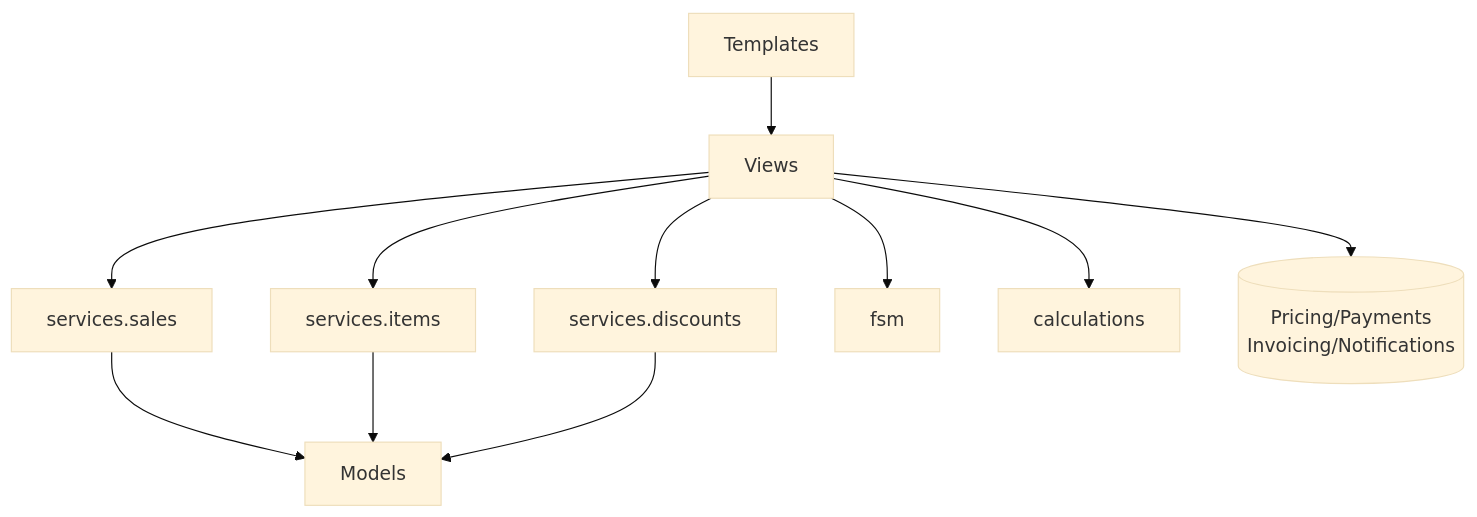
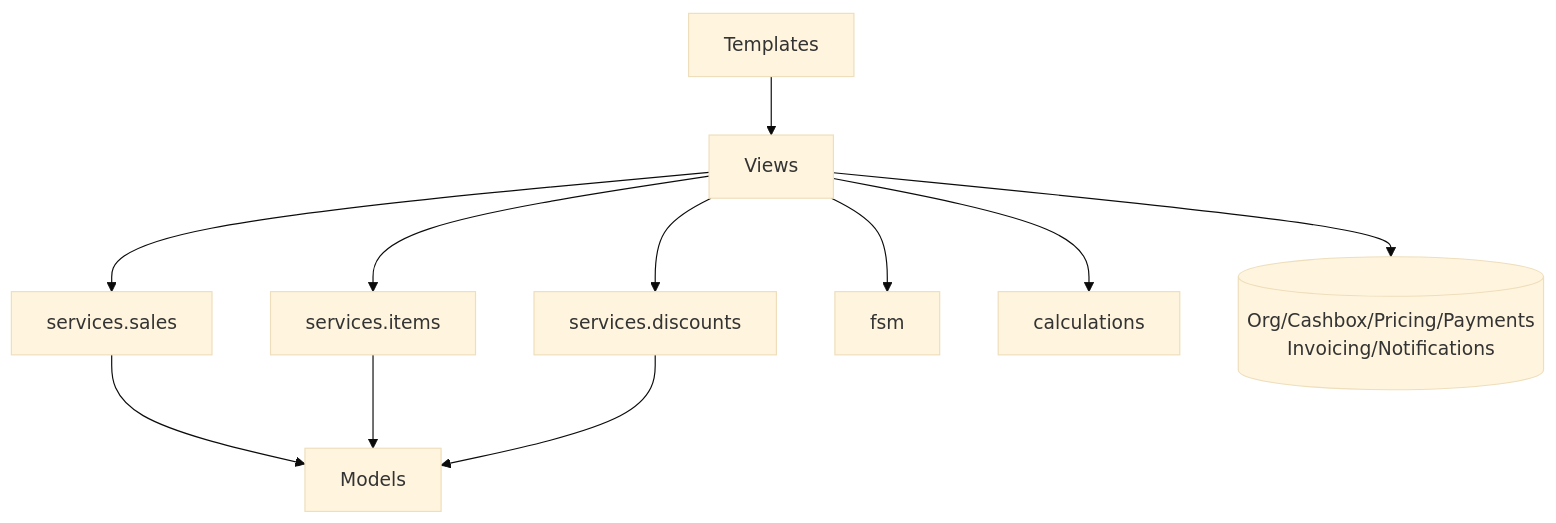
One commit to IgnacioVelazquez92/LavaderApp changed diagram 30 of 35 in README.md. Above: the diagram before and after it, drawn with Mermaid (base theme). The commit also changed other lines of this file and 39 other files, not shown here.

````diff
--- a/README.md
+++ b/README.md
@@ -2779,13 +2687,13 @@
 ```mermaid
 graph TD
     UI[Templates] --> V[Views]
     V --> S1[services.sales]
     V --> S2[services.items]
     V --> S3[services.discounts]
     S1 --> M[Models]
     S2 --> M
     S3 --> M
     V --> FSM[fsm]
     V --> CALC[calculations]
-    V --> EXT[(Pricing/Payments\nInvoicing/Notifications)]
+    V --> EXT[(Org/Cashbox/Pricing/Payments\nInvoicing/Notifications)]
 ```
````
